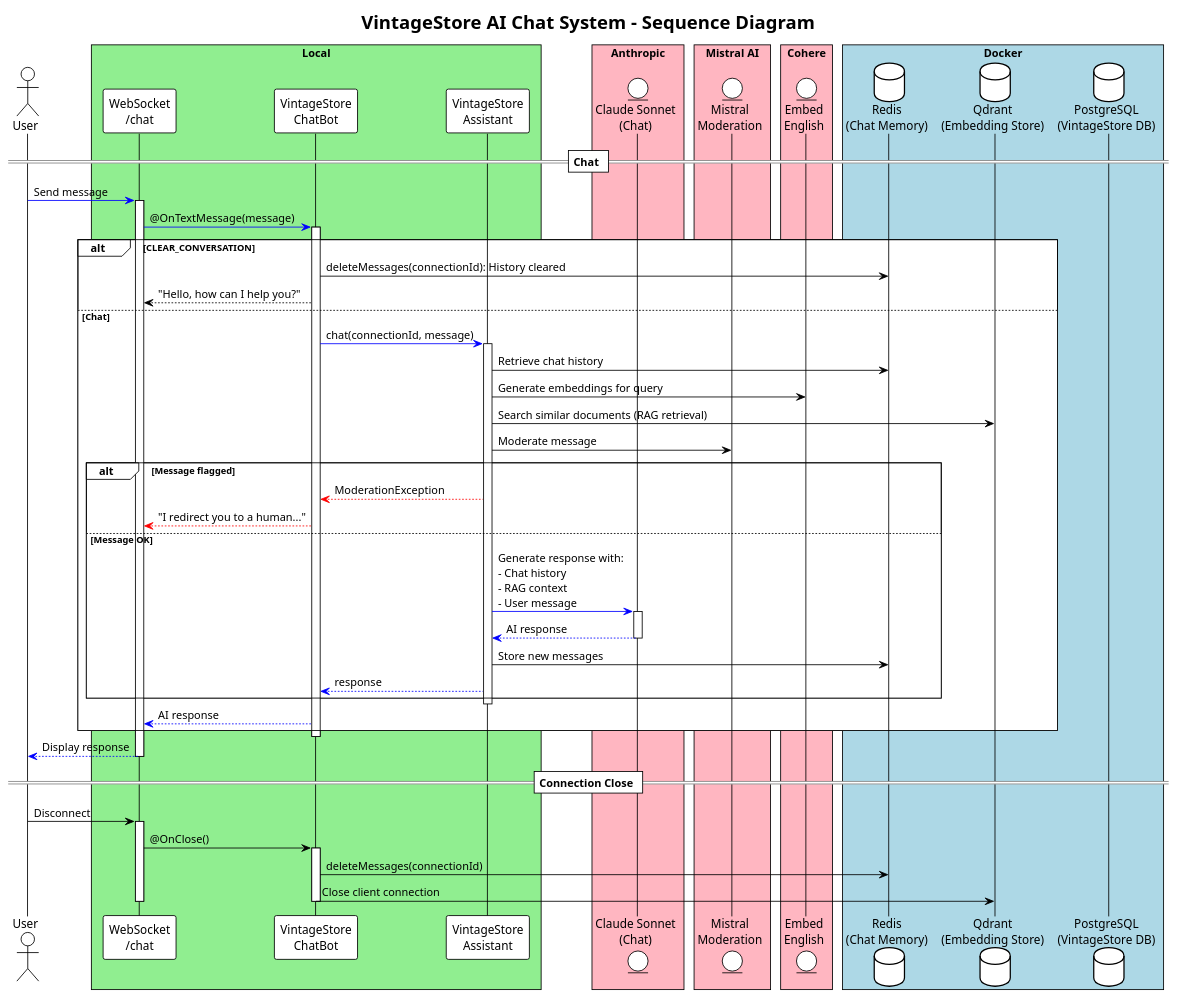
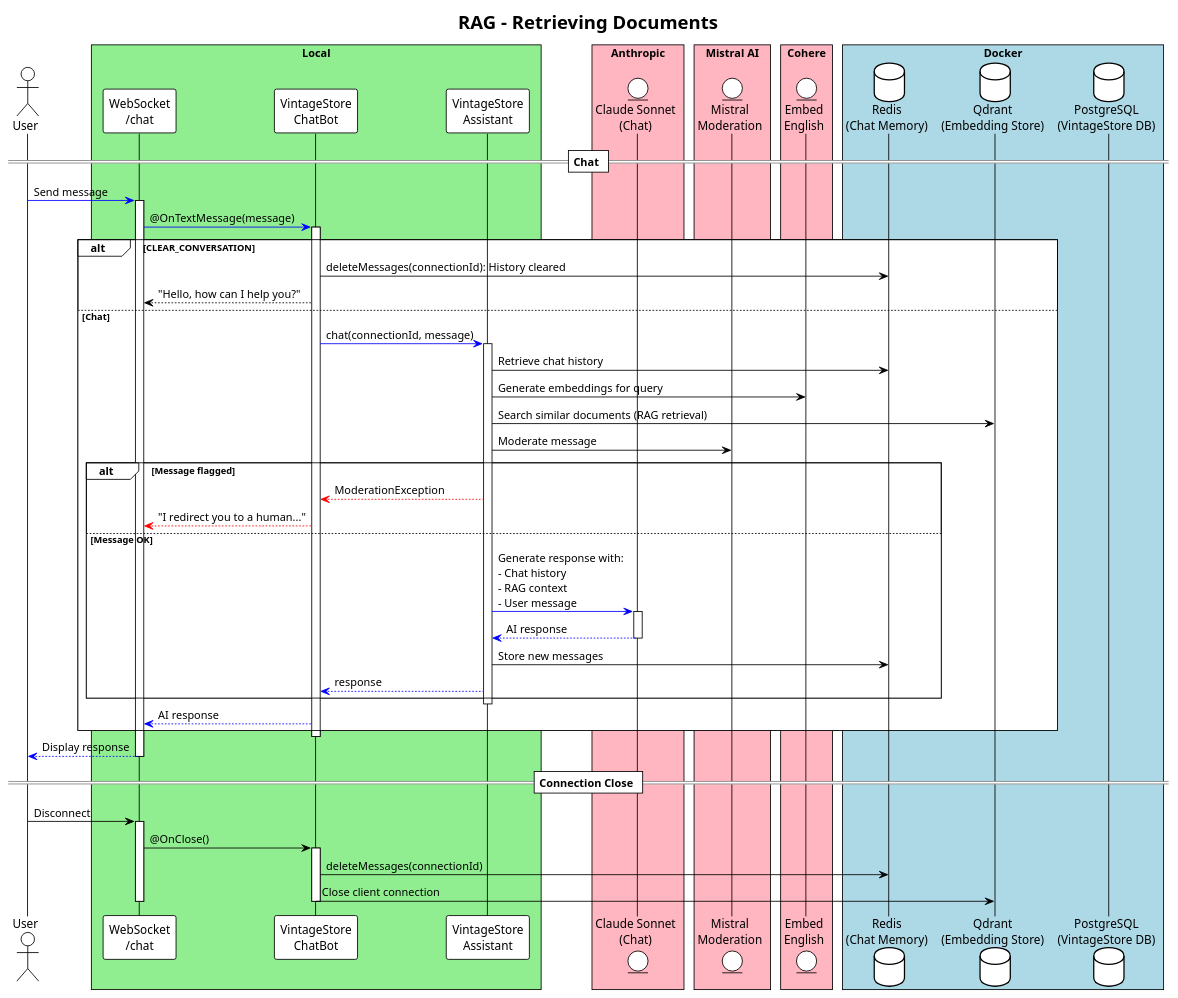
One commit to agoncal/agoncal-application-vintagestore changed the diagram in docs/puml/30-rag.puml. Above: the diagram before and after it, drawn with PlantUML. The commit also changed 7 other files, not shown here.

```diff
--- a/docs/puml/30-rag.puml
+++ b/docs/puml/30-rag.puml
@@ -1,75 +1,75 @@
 @startuml
 !theme plain
-title VintageStore AI Chat System - Sequence Diagram
+title RAG – Retrieving Documents
 
 actor User
 box "Local" #LightGreen
 participant "WebSocket\n/chat" as WS
 participant "VintageStore\nChatBot" as ChatBot
 participant "VintageStore\nAssistant" as Assistant
 end box
 box "Anthropic" #LightPink
 entity "Claude Sonnet\n(Chat)" as Anthropic
 end box
 box "Mistral AI" #LightPink
 entity "Mistral\nModeration" as Mistral
 end box
 box "Cohere" #LightPink
 entity "Embed\nEnglish" as Cohere
 end box
 box "Docker" #LightBlue
 database "Redis\n(Chat Memory)" as Redis
 database "Qdrant\n(Embedding Store)" as Qdrant
 database "PostgreSQL\n(VintageStore DB)" as PostgreSQL
 end box
 
 == Chat ==
 User -[#blue]> WS: Send message
 activate WS
 WS -[#blue]> ChatBot: @OnTextMessage(message)
 activate ChatBot
 
 alt CLEAR_CONVERSATION
     ChatBot -> Redis: deleteMessages(connectionId): History cleared
     ChatBot --> WS: "Hello, how can I help you?"
 else Chat
     ChatBot -[#blue]> Assistant: chat(connectionId, message)
     activate Assistant
     Assistant -> Redis: Retrieve chat history
     Assistant -> Cohere: Generate embeddings for query
     Assistant -> Qdrant: Search similar documents (RAG retrieval)
     Assistant -> Mistral: Moderate message
 
     alt Message flagged
         Assistant -[#red]-> ChatBot: ModerationException
         ChatBot -[#red]-> WS: "I redirect you to a human..."
     else Message OK
 
         Assistant -[#blue]> Anthropic: Generate response with:\n- Chat history\n- RAG context\n- User message
         activate Anthropic
         Anthropic -[#blue]-> Assistant: AI response
         deactivate Anthropic
 
         Assistant -> Redis: Store new messages
         Assistant -[#blue]-> ChatBot: response
     end
     deactivate Assistant
 
     ChatBot -[#blue]-> WS: AI response
 end
 deactivate ChatBot
 
 WS -[#blue]-> User: Display response
 deactivate WS
 
 == Connection Close ==
 User -> WS: Disconnect
 activate WS
 WS -> ChatBot: @OnClose()
 activate ChatBot
 ChatBot -> Redis: deleteMessages(connectionId)
 ChatBot -> Qdrant: Close client connection
 deactivate ChatBot
 deactivate WS
 
 @enduml
```
